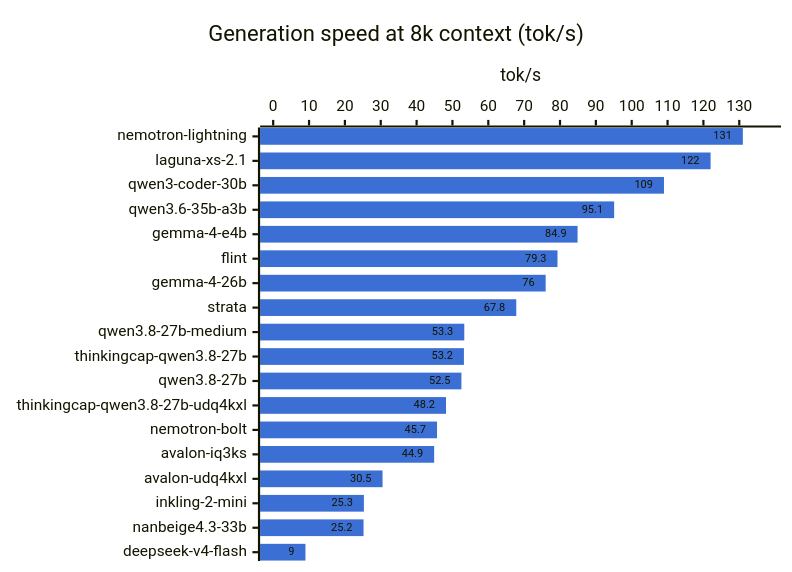
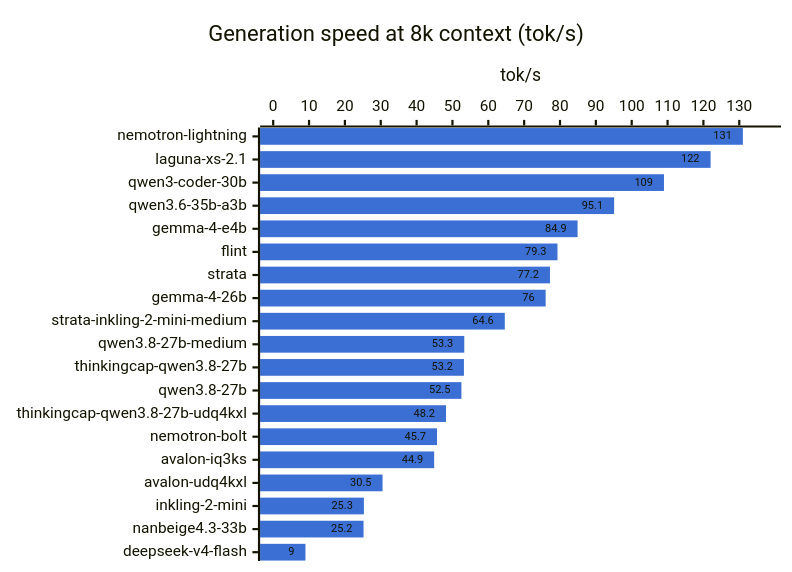
Before and after one commit to hofftodd/ai-bench: the third of 3 diagrams in RESULTS.md, drawn with Mermaid. The commit also changed other lines of this file and 17 other files, not shown here.

First line of the commit message:
Inkling 2 Mini on Strata and Splash 1.7.2, Strata 0.1.67 recheck

````diff
--- a/RESULTS.md
+++ b/RESULTS.md
@@ -76,8 +77,8 @@
 ```mermaid
 %%{init: {"xyChart": {"showDataLabel": true}, "themeVariables": {"xyChart": {"plotColorPalette": "#3b6fd4"}}}}%%
 xychart-beta horizontal
     title "Generation speed at 8k context (tok/s)"
-    x-axis ["nemotron-lightning", "laguna-xs-2.1", "qwen3-coder-30b", "qwen3.6-35b-a3b", "gemma-4-e4b", "flint", "gemma-4-26b", "strata", "qwen3.8-27b-medium", "thinkingcap-qwen3.8-27b", "qwen3.8-27b", "thinkingcap-qwen3.8-27b-udq4kxl", "nemotron-bolt", "avalon-iq3ks", "avalon-udq4kxl", "inkling-2-mini", "nanbeige4.3-33b", "deepseek-v4-flash"]
+    x-axis ["nemotron-lightning", "laguna-xs-2.1", "qwen3-coder-30b", "qwen3.6-35b-a3b", "gemma-4-e4b", "flint", "strata", "gemma-4-26b", "strata-inkling-2-mini-medium", "qwen3.8-27b-medium", "thinkingcap-qwen3.8-27b", "qwen3.8-27b", "thinkingcap-qwen3.8-27b-udq4kxl", "nemotron-bolt", "avalon-iq3ks", "avalon-udq4kxl", "inkling-2-mini", "nanbeige4.3-33b", "deepseek-v4-flash"]
     y-axis "tok/s" 0 --> 138
-    bar [131.0, 122.0, 109.0, 95.1, 84.9, 79.3, 76.0, 67.8, 53.3, 53.2, 52.5, 48.2, 45.7, 44.9, 30.5, 25.3, 25.2, 9.0]
+    bar [131.0, 122.0, 109.0, 95.1, 84.9, 79.3, 77.2, 76.0, 64.6, 53.3, 53.2, 52.5, 48.2, 45.7, 44.9, 30.5, 25.3, 25.2, 9.0]
 ```
````
